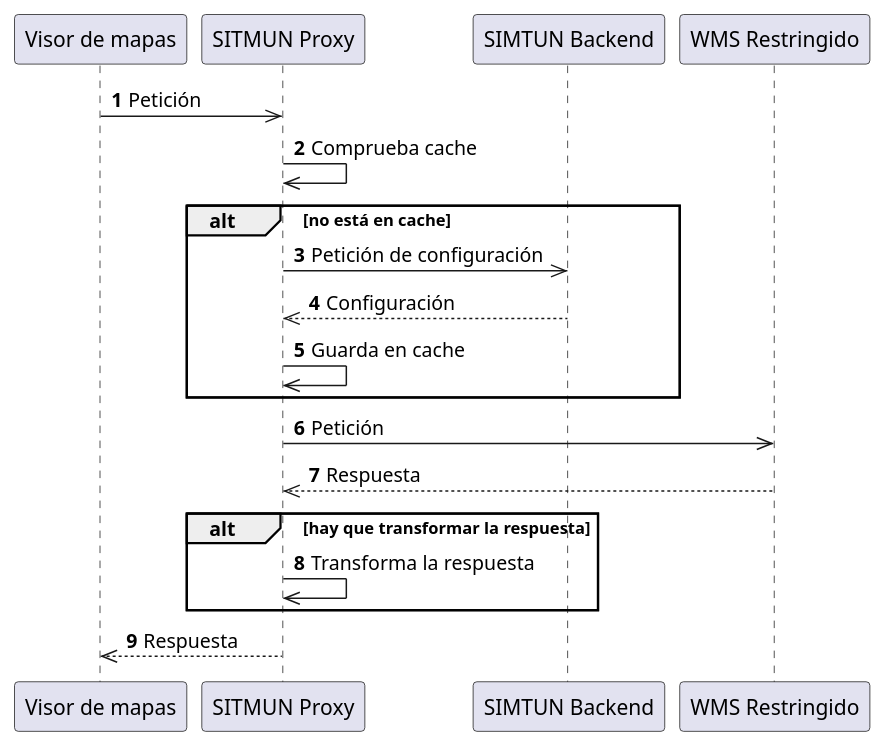
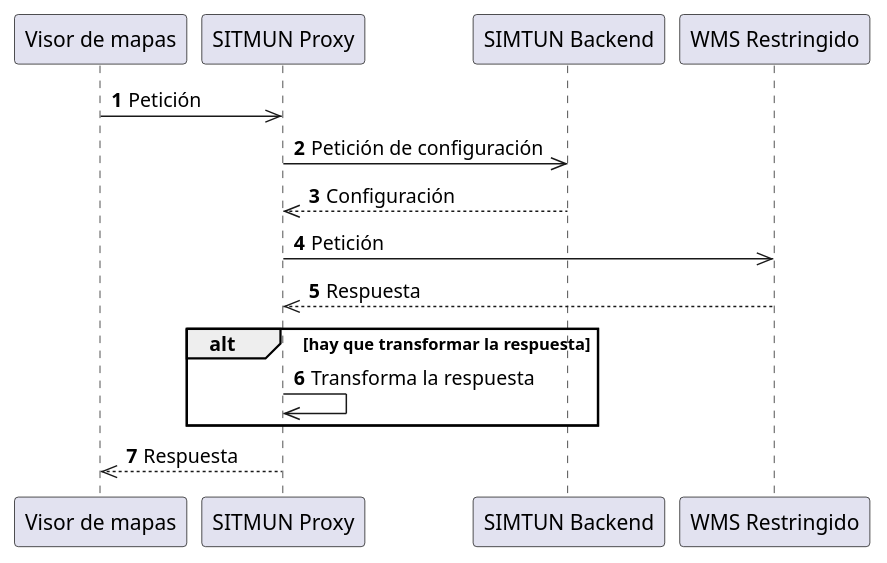
One commit to sitmun/sitmun.github.io changed the diagram in docs/design.md. Above: the diagram before and after it, drawn with PlantUML. The commit also changed other lines of this file and 1 other file, not shown here.

Commit message:
Actualizada documentación del proxy

````diff
--- a/docs/design.md
+++ b/docs/design.md
@@ -61,23 +61,19 @@
 ```puml
 @startuml
 autonumber
 participant "Visor de mapas" as Client
 participant "SITMUN Proxy" as Proxy
 participant "SIMTUN Backend" as Backend
 participant "WMS Restringido" as Remoto
 
 Client->>Proxy: Petición
-Proxy->>Proxy: Comprueba cache
-alt no está en cache
-    Proxy->>Backend: Petición de configuración
-    Backend-->>Proxy: Configuración
-    Proxy->>Proxy: Guarda en cache
-end
+Proxy->>Backend: Petición de configuración
+Backend-->>Proxy: Configuración
 Proxy->>Remoto: Petición
 Remoto-->>Proxy: Respuesta
 alt hay que transformar la respuesta
     Proxy->>Proxy: Transforma la respuesta
 end
 Proxy-->>Client: Respuesta
 @enduml
 ```
````
